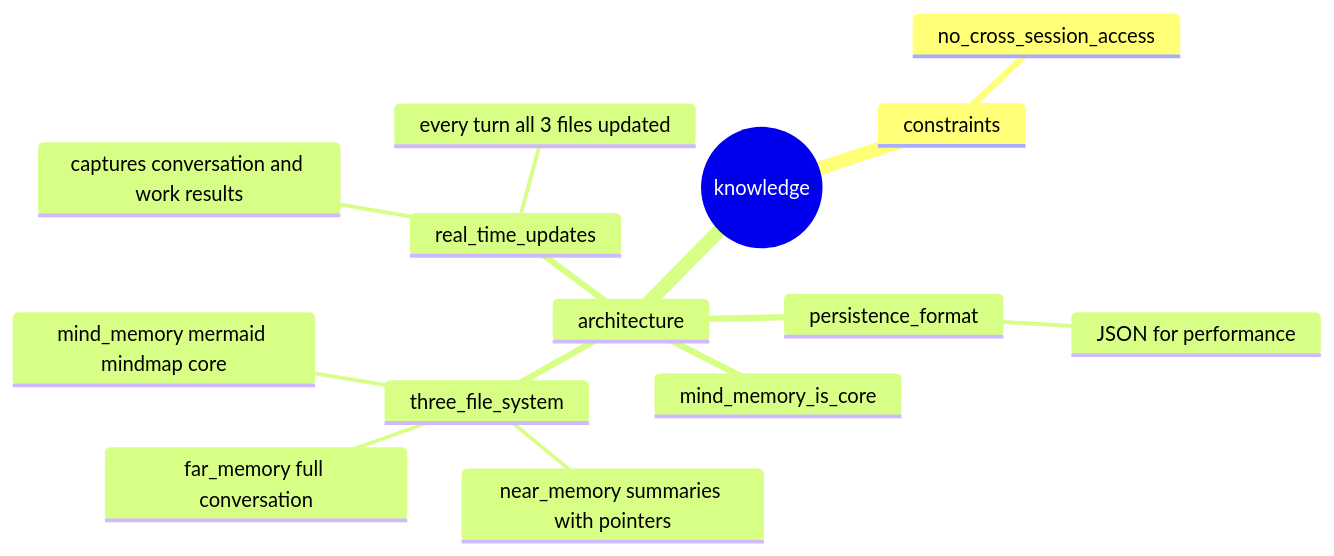
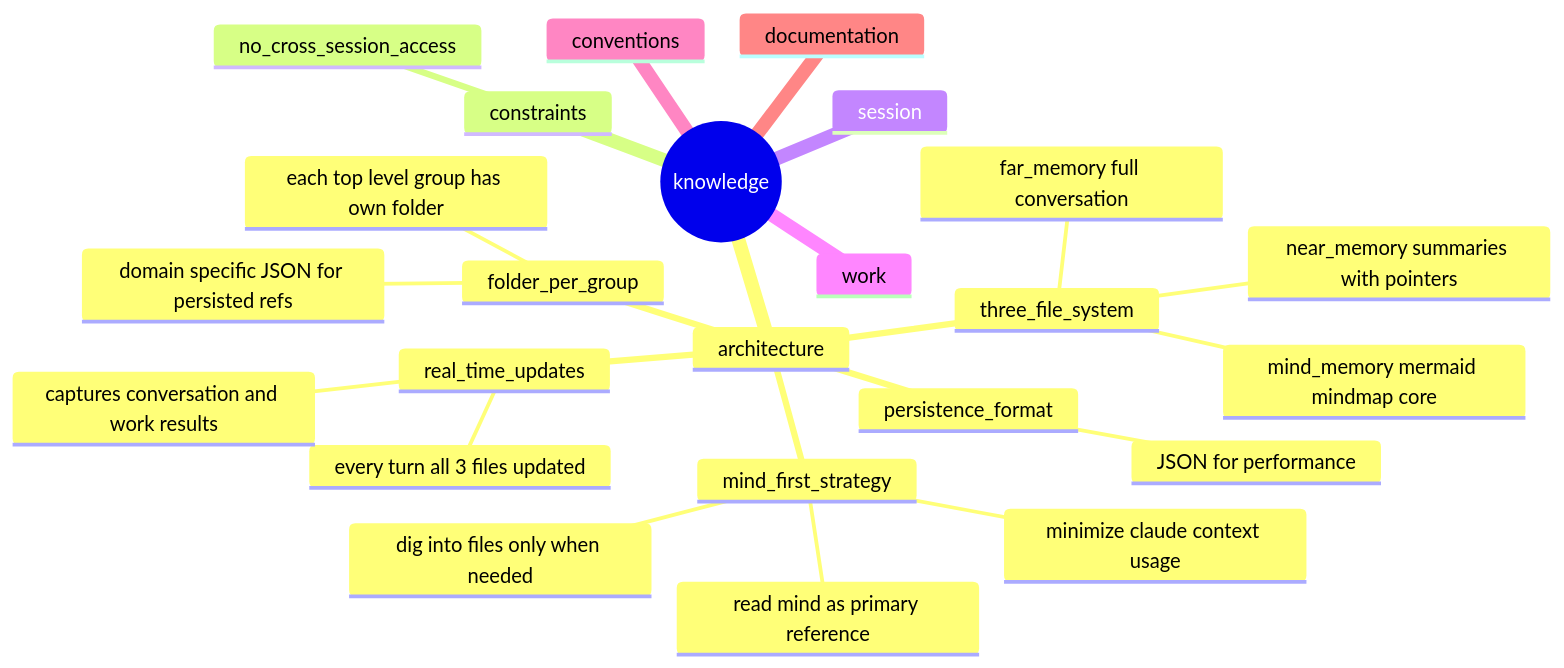
Before and after one commit to packetqc/K_DOCS: the diagram in mind/mind_memory.md, drawn with Mermaid. The commit also changed 8 other files, not shown here.

First line of the commit message:
feat: evolve K_MIND to full architecture with 6 domain groups

````diff
--- a/mind/mind_memory.md
+++ b/mind/mind_memory.md
@@ -1,17 +1,27 @@
 ```mermaid
 mindmap
   root((knowledge))
-    constraints
-      no_cross_session_access
     architecture
       persistence_format
         JSON for performance
       three_file_system
         far_memory full conversation
         near_memory summaries with pointers
         mind_memory mermaid mindmap core
-      mind_memory_is_core
+      mind_first_strategy
+        read mind as primary reference
+        dig into files only when needed
+        minimize claude context usage
       real_time_updates
         every turn all 3 files updated
         captures conversation and work results
+      folder_per_group
+        each top level group has own folder
+        domain specific JSON for persisted refs
+    constraints
+      no_cross_session_access
+    session
+    work
+    conventions
+    documentation
 ```
````
